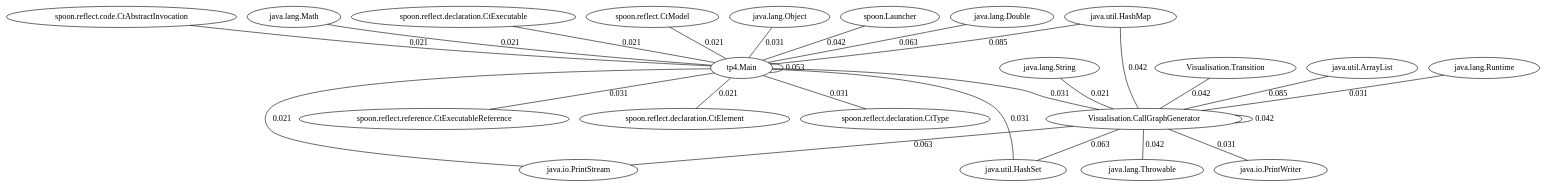
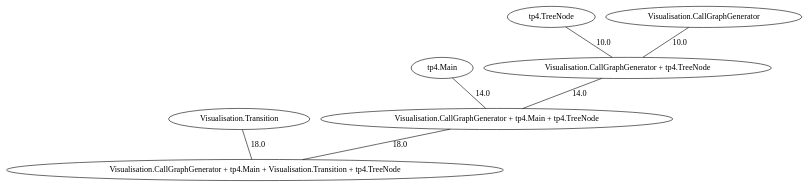
Before and after one commit to hogoww/data-extraction: the diagram in tp4.spoon/tp4/graphGenerated.dot, drawn with Graphviz. The commit also changed 24 other files, not shown here.

Commit message:
code stat done UI and correction. Modulo spoon tuto

```diff
--- a/tp4.spoon/tp4/graphGenerated.dot
+++ b/tp4.spoon/tp4/graphGenerated.dot
@@ -1,28 +1,9 @@
 digraph{
-"tp4.Main" -> "tp4.Main" [label="0.053",arrowhead="none"];
-"java.lang.Runtime" -> "Visualisation.CallGraphGenerator" [label="0.031",arrowhead="none"];
-"tp4.Main" -> "Visualisation.CallGraphGenerator" [label="0.031",arrowhead="none"];
-"tp4.Main" -> "java.io.PrintStream" [label="0.021",arrowhead="none"];
-"spoon.reflect.CtModel" -> "tp4.Main" [label="0.021",arrowhead="none"];
-"spoon.Launcher" -> "tp4.Main" [label="0.042",arrowhead="none"];
-"Visualisation.CallGraphGenerator" -> "Visualisation.CallGraphGenerator" [label="0.042",arrowhead="none"];
-"Visualisation.CallGraphGenerator" -> "java.io.PrintStream" [label="0.063",arrowhead="none"];
-"java.lang.Double" -> "tp4.Main" [label="0.063",arrowhead="none"];
-"spoon.reflect.code.CtAbstractInvocation" -> "tp4.Main" [label="0.021",arrowhead="none"];
-"java.lang.Math" -> "tp4.Main" [label="0.021",arrowhead="none"];
-"tp4.Main" -> "spoon.reflect.reference.CtExecutableReference" [label="0.031",arrowhead="none"];
-"java.lang.String" -> "Visualisation.CallGraphGenerator" [label="0.021",arrowhead="none"];
-"Visualisation.CallGraphGenerator" -> "java.lang.Throwable" [label="0.042",arrowhead="none"];
-"tp4.Main" -> "java.util.HashSet" [label="0.031",arrowhead="none"];
-"spoon.reflect.declaration.CtExecutable" -> "tp4.Main" [label="0.021",arrowhead="none"];
-"java.util.HashMap" -> "Visualisation.CallGraphGenerator" [label="0.042",arrowhead="none"];
-"java.lang.Object" -> "tp4.Main" [label="0.031",arrowhead="none"];
-"tp4.Main" -> "spoon.reflect.declaration.CtElement" [label="0.021",arrowhead="none"];
-"Visualisation.Transition" -> "Visualisation.CallGraphGenerator" [label="0.042",arrowhead="none"];
-"java.util.ArrayList" -> "Visualisation.CallGraphGenerator" [label="0.085",arrowhead="none"];
-"java.util.HashMap" -> "tp4.Main" [label="0.085",arrowhead="none"];
-"Visualisation.CallGraphGenerator" -> "java.io.PrintWriter" [label="0.031",arrowhead="none"];
-"Visualisation.CallGraphGenerator" -> "java.util.HashSet" [label="0.063",arrowhead="none"];
-"tp4.Main" -> "spoon.reflect.declaration.CtType" [label="0.031",arrowhead="none"];
+"Visualisation.Transition" -> "Visualisation.CallGraphGenerator + tp4.Main + Visualisation.Transition + tp4.TreeNode" [label="18.0",arrowhead="none"];
+"tp4.Main" -> "Visualisation.CallGraphGenerator + tp4.Main + tp4.TreeNode" [label="14.0",arrowhead="none"];
+"tp4.TreeNode" -> "Visualisation.CallGraphGenerator + tp4.TreeNode" [label="10.0",arrowhead="none"];
+"Visualisation.CallGraphGenerator + tp4.TreeNode" -> "Visualisation.CallGraphGenerator + tp4.Main + tp4.TreeNode" [label="14.0",arrowhead="none"];
+"Visualisation.CallGraphGenerator" -> "Visualisation.CallGraphGenerator + tp4.TreeNode" [label="10.0",arrowhead="none"];
+"Visualisation.CallGraphGenerator + tp4.Main + tp4.TreeNode" -> "Visualisation.CallGraphGenerator + tp4.Main + Visualisation.Transition + tp4.TreeNode" [label="18.0",arrowhead="none"];
 
  }
```
